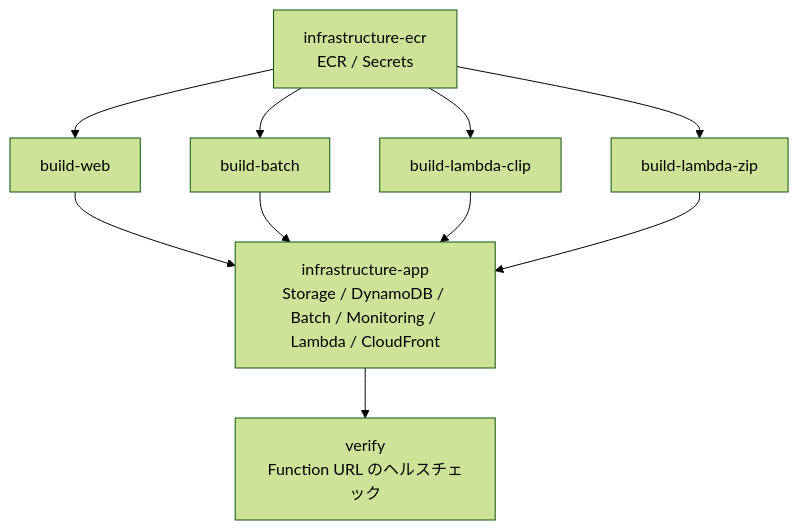
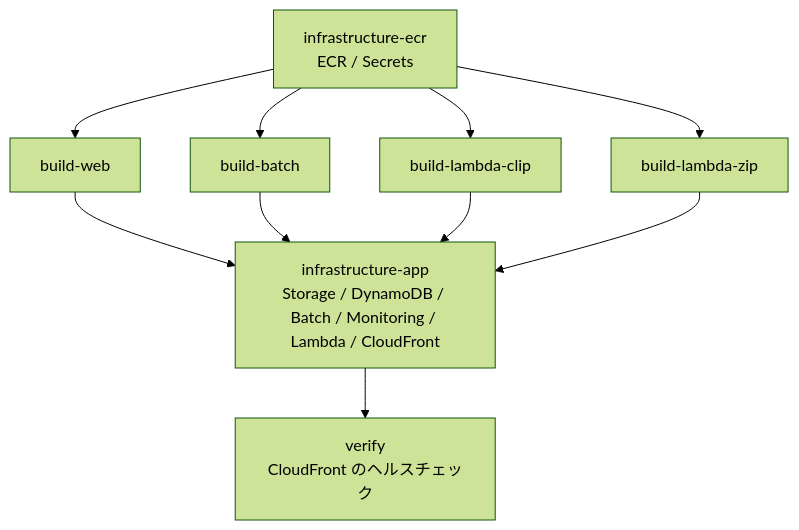
One commit to nagiyu/nagiyu-platform changed the diagram in docs/services/quick-clip/specs/deploy.md. Above: the diagram before and after it, drawn with Mermaid (forest theme). The commit also changed other lines of this file and 21 other files, not shown here.

First line of the commit message:
Function URL の OAC 配信とヘルスチェック先の変更に docs を追従させる

````diff
--- a/docs/services/quick-clip/specs/deploy.md
+++ b/docs/services/quick-clip/specs/deploy.md
@@ -50,12 +50,12 @@
 ```mermaid
 flowchart TD
     A[infrastructure-ecr<br/>ECR / Secrets] --> B[build-web]
     A --> C[build-batch]
     A --> D[build-lambda-clip]
     A --> E[build-lambda-zip]
     B --> F[infrastructure-app<br/>Storage / DynamoDB / Batch / Monitoring / Lambda / CloudFront]
     C --> F
     D --> F
     E --> F
-    F --> G[verify<br/>Function URL のヘルスチェック]
+    F --> G[verify<br/>CloudFront のヘルスチェック]
 ```
````
